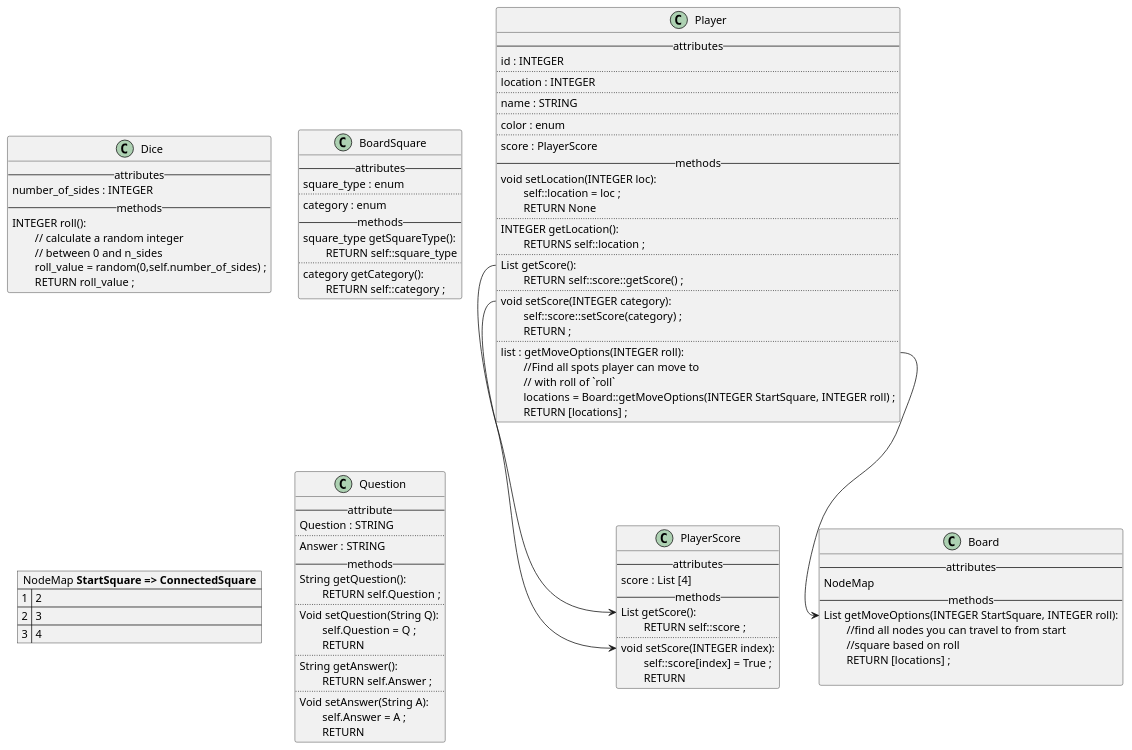
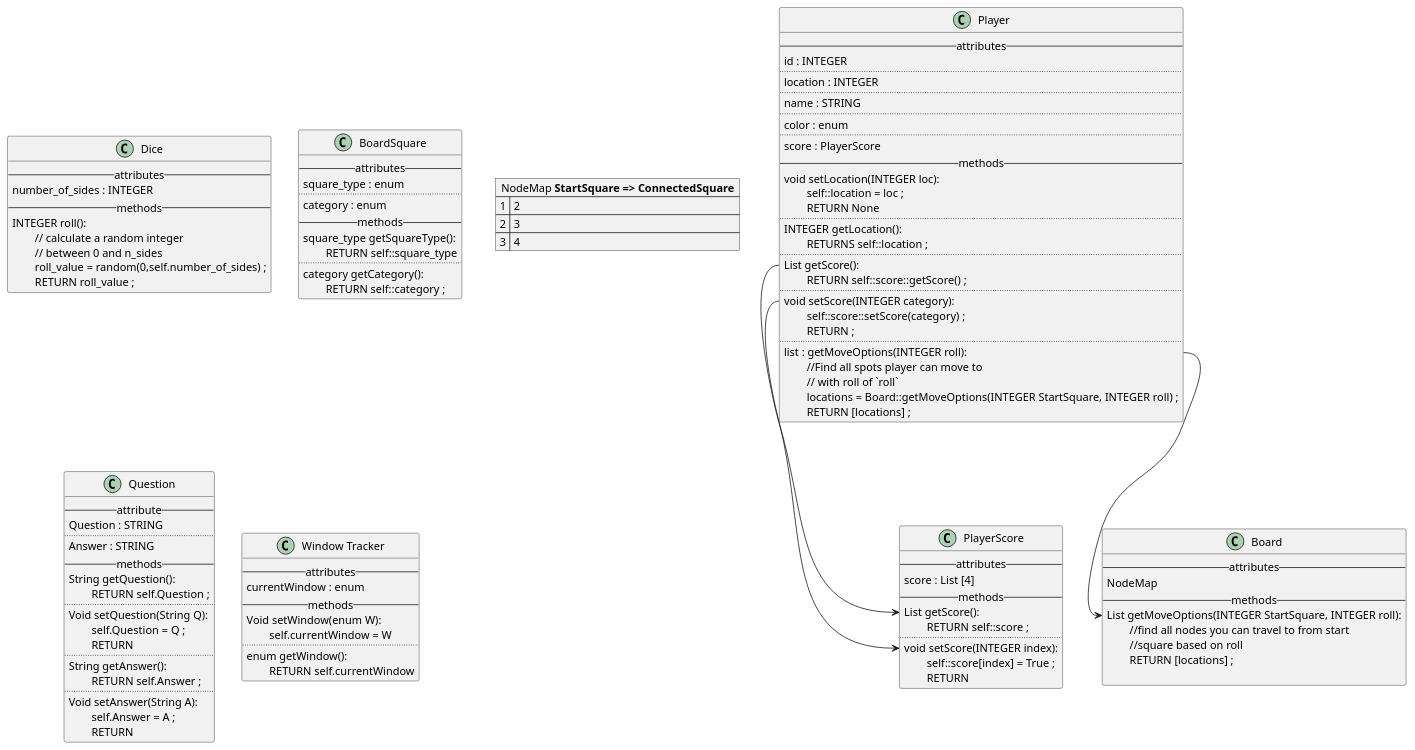
The diagram in Class_Diagrams/pseudocode.puml (ttimmer2/TrivialCompute), drawn with PlantUML before and after one commit.

Commit message:
added window class

```diff
--- a/Class_Diagrams/pseudocode.puml
+++ b/Class_Diagrams/pseudocode.puml
@@ -1,128 +1,139 @@
 @startuml
 ' Class definitions and pseudocode
 class Player {
   --attributes--
   id : INTEGER
   ..
   location : INTEGER
   ..
   name : STRING
   ..
   color : enum
   ..
   score : PlayerScore
   --methods--
   void setLocation(INTEGER loc):
   \tself::location = loc ;
   \tRETURN None
   ..
   INTEGER getLocation():
   \tRETURNS self::location ;
   ..
   List getScore():
   \tRETURN self::score::getScore() ;
   ..
   void setScore(INTEGER category):
   \tself::score::setScore(category) ;
   \tRETURN ;
   ..
   list : getMoveOptions(INTEGER roll):
   \t//Find all spots player can move to
   \t// with roll of `roll`
   \tlocations = Board::getMoveOptions(INTEGER StartSquare, INTEGER roll) ;
   \tRETURN [locations] ;
 }
 
 class PlayerScore{
   --attributes--
   score : List [4]
   --methods--
   List getScore():
   \tRETURN self::score ;
   ..
   void setScore(INTEGER index):
   \tself::score[index] = True ;
   \tRETURN
 }
 
 class Dice{
   --attributes--
   number_of_sides : INTEGER
   --methods--
   INTEGER roll():
   \t// calculate a random integer
   \t// between 0 and n_sides
   \troll_value = random(0,self.number_of_sides) ;
   \tRETURN roll_value ;
 }
 
 class BoardSquare{
   --attributes--
   square_type : enum
   ..
   category : enum
   --methods--
   square_type getSquareType():
   \tRETURN self::square_type
   ..
   category getCategory():
   \tRETURN self::category ;
 }
 
 map "NodeMap **StartSquare => ConnectedSquare**" as NodeMap {
 1 => 2
 2 => 3
 3 => 4
 }
 
 Class Board{
   --attributes--
   NodeMap
   --methods--
   List getMoveOptions(INTEGER StartSquare, INTEGER roll):
   \t//find all nodes you can travel to from start
   \t//square based on roll
   \tRETURN [locations] ;
 
 }
 
 Class Question{
   --attribute--
   Question : STRING
   ..
   Answer : STRING
   --methods--
   String getQuestion():
   \tRETURN self.Question ;
   ..
   Void setQuestion(String Q):
   \tself.Question = Q ;
   \tRETURN
   ..
   String getAnswer():
   \tRETURN self.Answer ;
   ..
   Void setAnswer(String A):
   \tself.Answer = A ;
   \tRETURN
 }
 
+Class "Window Tracker"{
+  --attributes--
+  currentWindow : enum
+  --methods--
+  Void setWindow(enum W):
+  \tself.currentWindow = W
+  ..
+  enum getWindow():
+  \tRETURN self.currentWindow
+}
+
 ' attribute connections
 'Player::location <-- Player::getLocation
 'Player::location <-- Player::setLocation
 Player::getScore --> PlayerScore::getScore
 Player::setScore --> PlayerScore::setScore
 Player::getMoveOptions --> Board::getMoveOptions
 
 /'
     When Given <some precondition>
 
 And <additional preconditions> Optional
 
 When <an action/trigger occurs>
 
 Then <some post condition>
 
 And <additional post conditions> Optional
 '/
 @enduml
```
